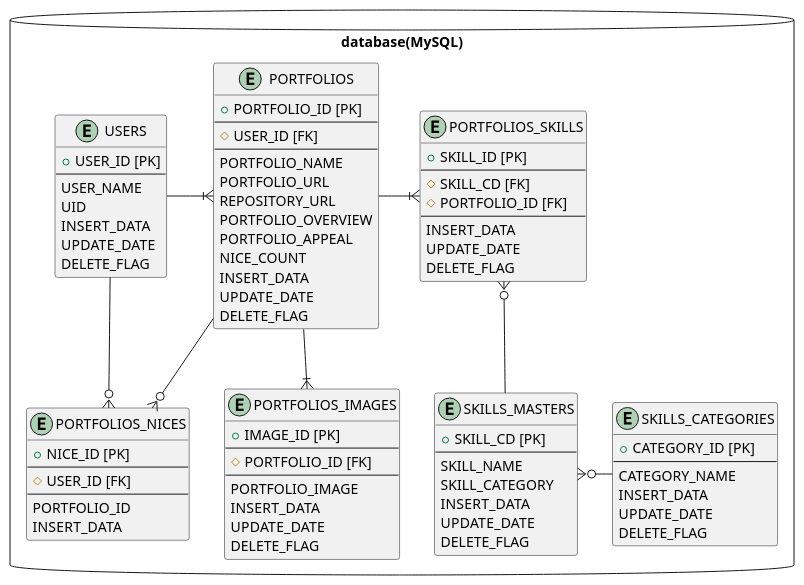
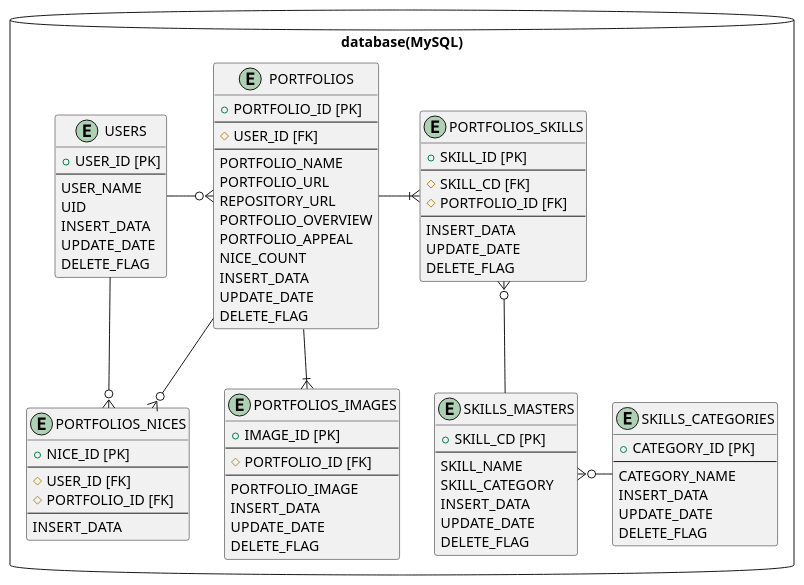
The diagram in doc/diagrams/EntityRelationship.pu (haruto830/pflist-backend), drawn with PlantUML before and after one commit. The commit also changed 1 other file, not shown here.

```diff
--- a/doc/diagrams/EntityRelationship.pu
+++ b/doc/diagrams/EntityRelationship.pu
@@ -1,90 +1,90 @@
 @startuml EntityRelationship
 
 package "database(MySQL)" as target_system <<Database>> {
 
     entity "USERS" as users {
         + USER_ID [PK]
         --
         USER_NAME
         UID
         INSERT_DATA
         UPDATE_DATE
         DELETE_FLAG
        }
 
     entity "PORTFOLIOS" as portfolios {
         + PORTFOLIO_ID [PK]
         --
         # USER_ID [FK]
         --
         PORTFOLIO_NAME
         PORTFOLIO_URL
         REPOSITORY_URL
         PORTFOLIO_OVERVIEW
         PORTFOLIO_APPEAL
         NICE_COUNT
         INSERT_DATA
         UPDATE_DATE
         DELETE_FLAG
     }
 
     entity "PORTFOLIOS_IMAGES" as portfolios_images {
         + IMAGE_ID [PK]
         --
         # PORTFOLIO_ID [FK]
         --
         PORTFOLIO_IMAGE
         INSERT_DATA
         UPDATE_DATE
         DELETE_FLAG
     }
 
     entity "PORTFOLIOS_SKILLS" as portfolios_skills {
         + SKILL_ID [PK]
         --
         # SKILL_CD [FK]
         # PORTFOLIO_ID [FK]
         --
         INSERT_DATA
         UPDATE_DATE
         DELETE_FLAG
     }
 
     entity "SKILLS_MASTERS" as skills_masters {
         + SKILL_CD [PK]
         --
         SKILL_NAME
         SKILL_CATEGORY
         INSERT_DATA
         UPDATE_DATE
         DELETE_FLAG
     }
 
     entity "SKILLS_CATEGORIES" as skills_categories {
         + CATEGORY_ID [PK]
         --
         CATEGORY_NAME
         INSERT_DATA
         UPDATE_DATE
         DELETE_FLAG
     }
 
    entity "PORTFOLIOS_NICES" as portfolios_nices {
         + NICE_ID [PK]
         --
         # USER_ID [FK]
+        # PORTFOLIO_ID [FK]
         --
-        PORTFOLIO_ID
         INSERT_DATA 
     }
 }
 
-users --right--|{ portfolios
+users --right--o{ portfolios
 users -down-o{ portfolios_nices
 portfolios --o{ portfolios_nices
 portfolios -down-|{ portfolios_images
 portfolios -right-|{ portfolios_skills
 portfolios_skills }o-down- skills_masters
 skills_masters }o-right- skills_categories
 
 @enduml
```
